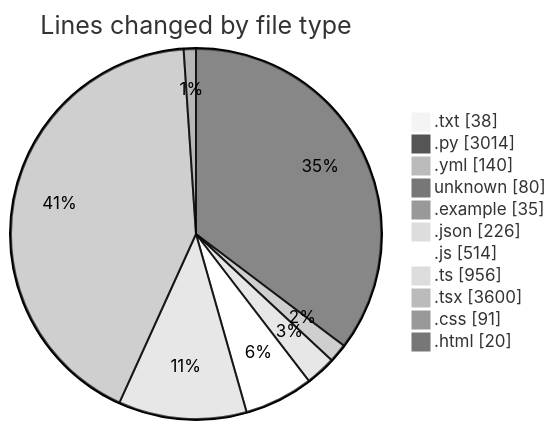
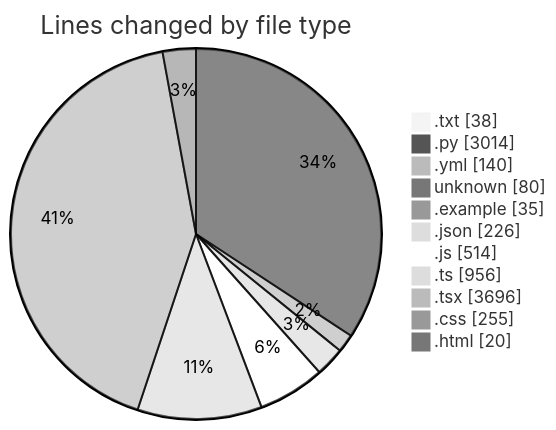
The first of 2 diagrams in 2025-08-18/vps-v1/README.md (lephambinh05/code-tracking), drawn with Mermaid (neutral theme) before and after one commit. The commit also changed other lines of this file and 1 other file, not shown here.

````diff
--- a/2025-08-18/vps-v1/README.md
+++ b/2025-08-18/vps-v1/README.md
@@ -81,15 +85,15 @@
 ```mermaid
 pie showData
 title Lines changed by file type
 ".txt" : 38
 ".py" : 3014
 ".yml" : 140
 "unknown" : 80
 ".example" : 35
 ".json" : 226
 ".js" : 514
 ".ts" : 956
-".tsx" : 3600
-".css" : 91
+".tsx" : 3696
+".css" : 255
 ".html" : 20
 ```
````
